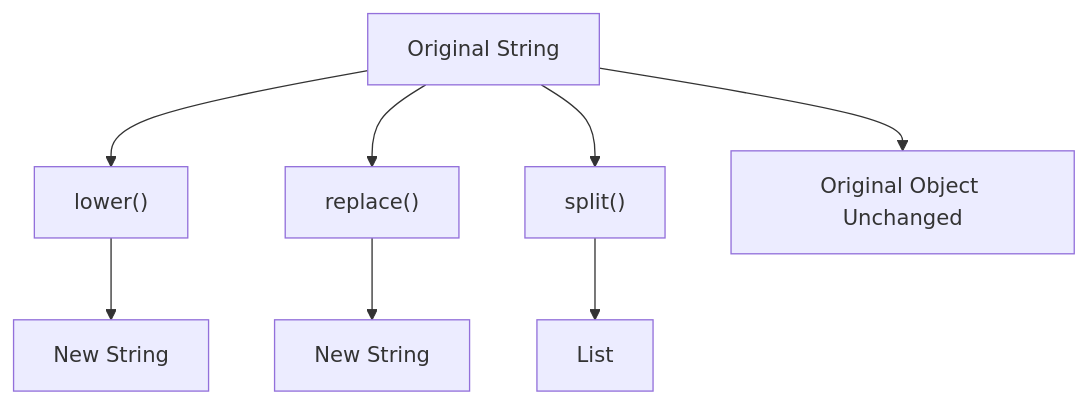
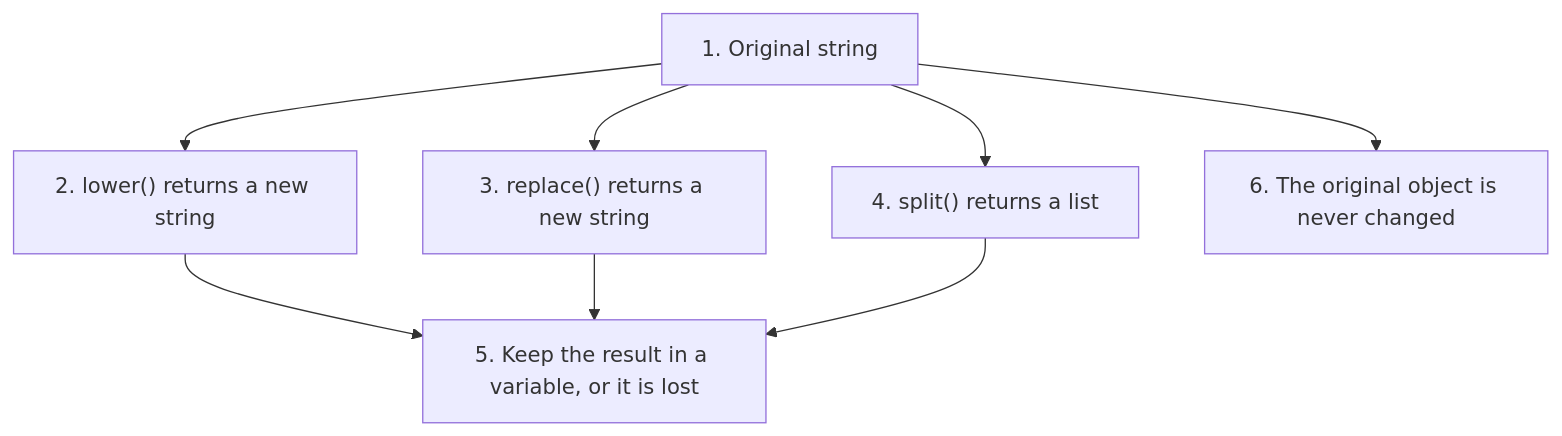
One commit to ag999git/001-mkdocs changed diagram 12 of 18 in docs/17-strings/080-ch17-conceptual-qa.md. Above: the diagram before and after it, drawn with Mermaid. The commit also changed other lines of this file, not shown here.

````diff
--- a/docs/17-strings/080-ch17-conceptual-qa.md
+++ b/docs/17-strings/080-ch17-conceptual-qa.md
@@ -1705,19 +3386,10 @@
 ```mermaid
 flowchart TD
-
-A["Original String"]
-
-A --> B["lower()"]
-
-A --> C["replace()"]
-
-A --> D["split()"]
-
-B --> E["New String"]
-
-C --> F["New String"]
-
-D --> G["List"]
-
-A --> H["Original Object Unchanged"]
+    A["1. Original string"] --> B["2. lower() returns a new string"]
+    A --> C["3. replace() returns a new string"]
+    A --> D["4. split() returns a list"]
+    B --> E["5. Keep the result in a variable, or it is lost"]
+    C --> E
+    D --> E
+    A --> F["6. The original object is never changed"]
 ```
````
